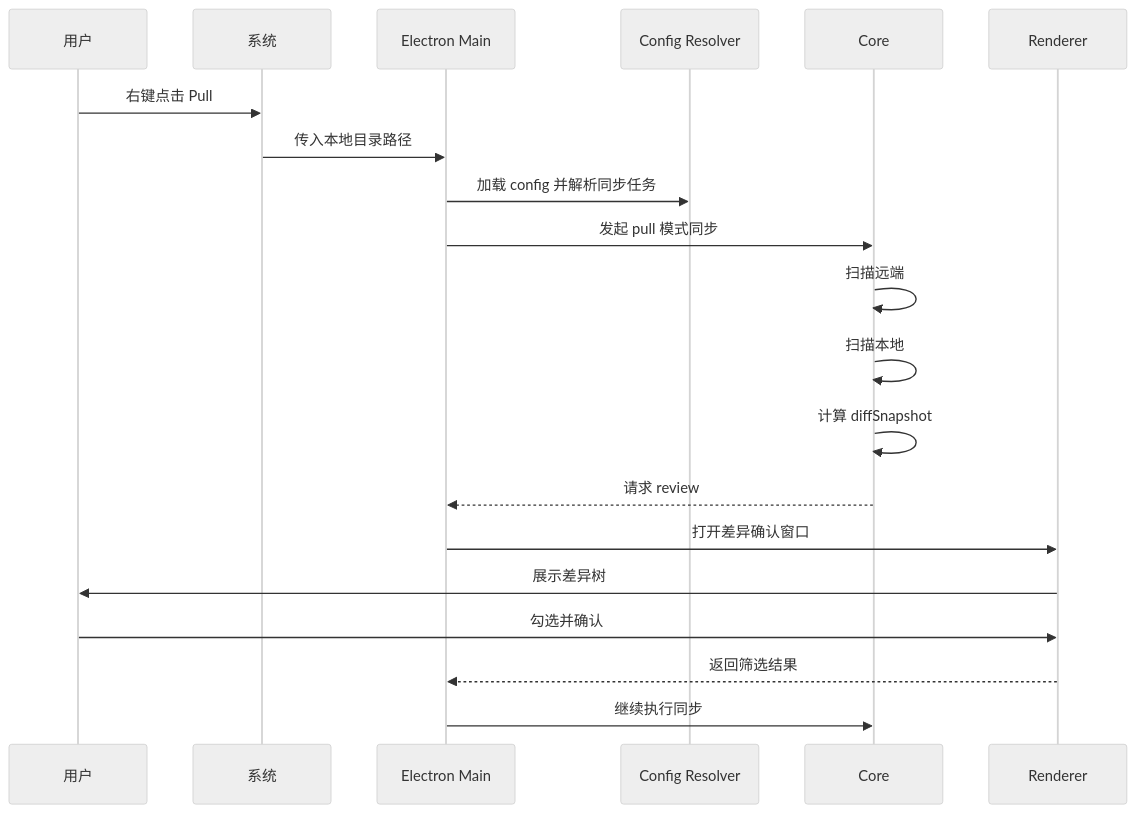
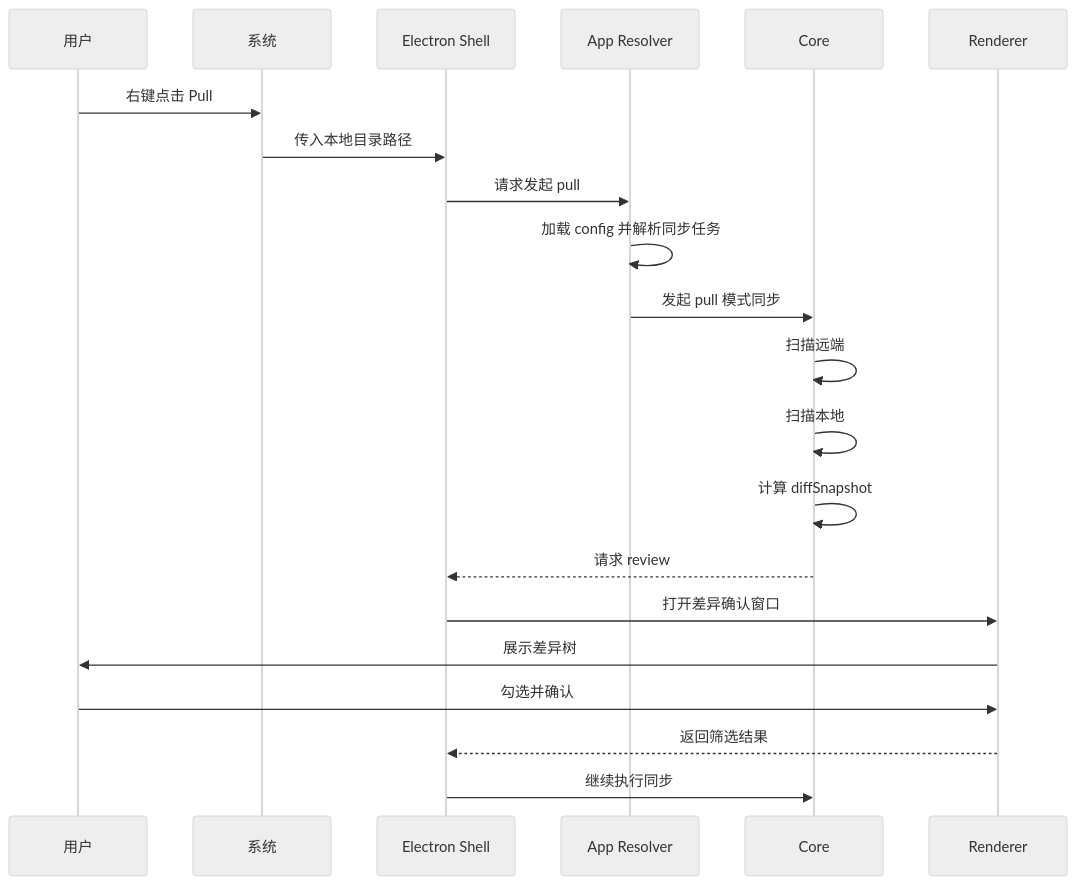
Before and after one commit to agalloch21/sync-with-rclone: the third of 7 diagrams in docs/Flows.md, drawn with Mermaid (neutral theme). The commit also changed other lines of this file and 20 other files, not shown here.

````diff
--- a/docs/Flows.md
+++ b/docs/Flows.md
@@ -72,23 +74,24 @@
 ```mermaid
 sequenceDiagram
   participant U as 用户
   participant OS as 系统
-  participant M as Electron Main
-  participant G as Config Resolver
+  participant M as Electron Shell
+  participant A as App Resolver
   participant C as Core
   participant R as Renderer
 
   U->>OS: 右键点击 Pull
   OS->>M: 传入本地目录路径
-  M->>G: 加载 config 并解析同步任务
-  M->>C: 发起 pull 模式同步
+  M->>A: 请求发起 pull
+  A->>A: 加载 config 并解析同步任务
+  A->>C: 发起 pull 模式同步
   C->>C: 扫描远端
   C->>C: 扫描本地
   C->>C: 计算 diffSnapshot
   C-->>M: 请求 review
   M->>R: 打开差异确认窗口
   R->>U: 展示差异树
   U->>R: 勾选并确认
   R-->>M: 返回筛选结果
   M->>C: 继续执行同步
 ```
````
